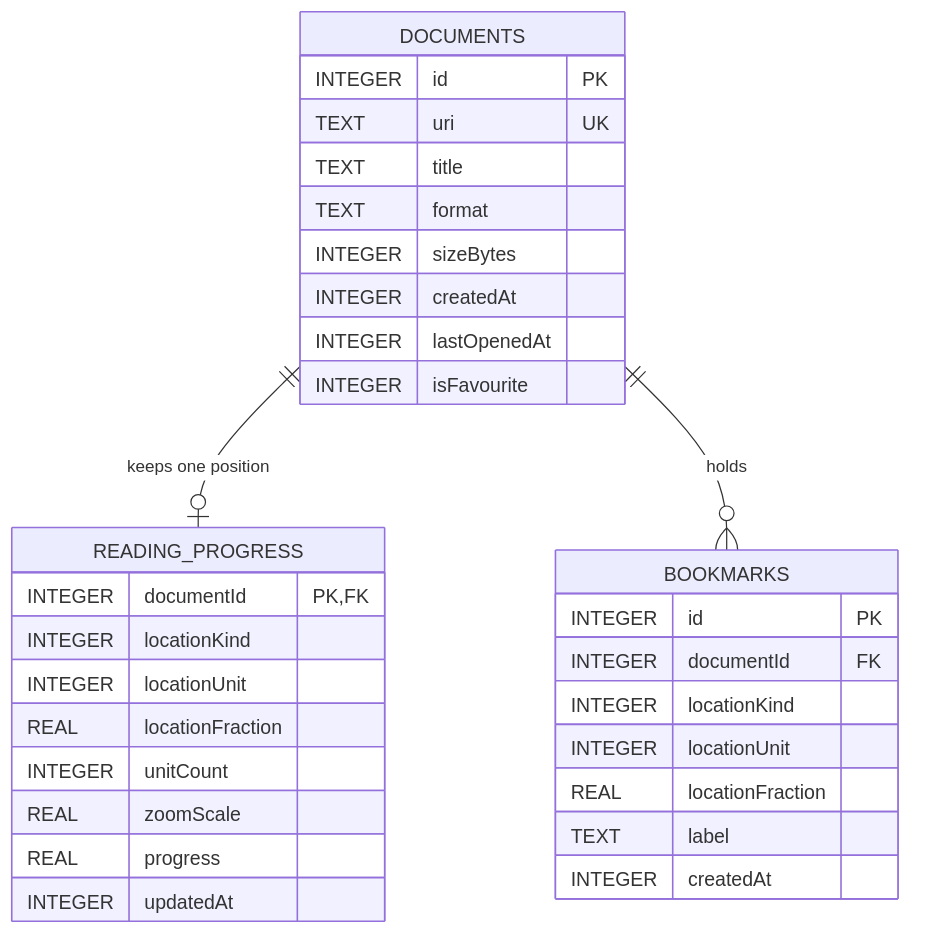
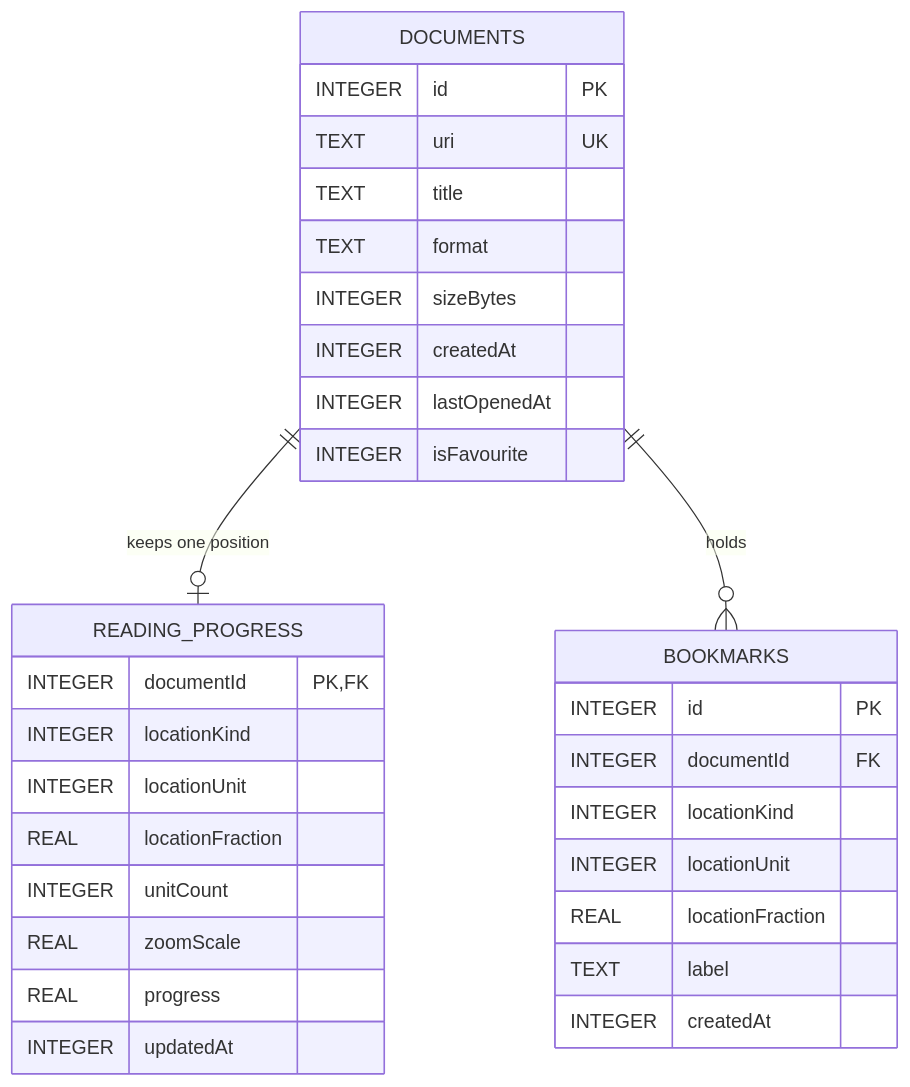
Before and after one commit to Pixelrick420/Papyrus: the second of 2 diagrams in README.md, drawn with Mermaid.

````diff
--- a/README.md
+++ b/README.md
@@ -223,38 +223,37 @@
 ```mermaid
-%%{init: {"htmlLabels": false, "themeVariables": {"edgeLabelBackground": "Canvas"}}}%%
 erDiagram
     DOCUMENTS ||--o| READING_PROGRESS : "keeps one position"
     DOCUMENTS ||--o{ BOOKMARKS : "holds"
 
     DOCUMENTS {
         INTEGER id PK
         TEXT uri UK
         TEXT title
         TEXT format
         INTEGER sizeBytes
         INTEGER createdAt
         INTEGER lastOpenedAt
         INTEGER isFavourite
     }
 
     READING_PROGRESS {
         INTEGER documentId PK, FK
         INTEGER locationKind
         INTEGER locationUnit
         REAL locationFraction
         INTEGER unitCount
         REAL zoomScale
         REAL progress
         INTEGER updatedAt
     }
 
     BOOKMARKS {
         INTEGER id PK
         INTEGER documentId FK
         INTEGER locationKind
         INTEGER locationUnit
         REAL locationFraction
         TEXT label
         INTEGER createdAt
     }
 ```
````
